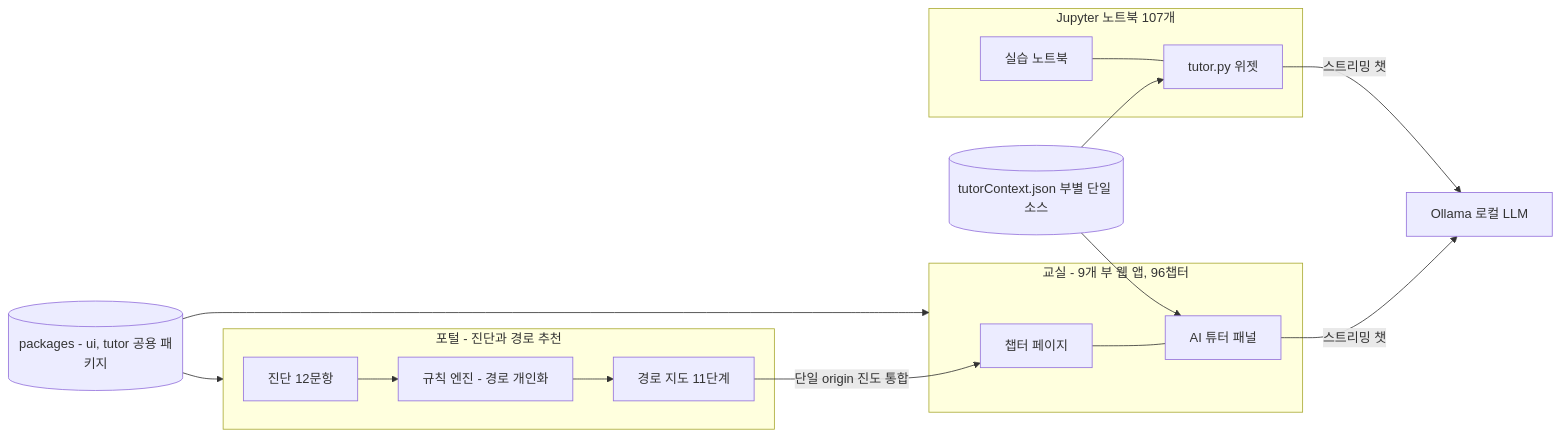
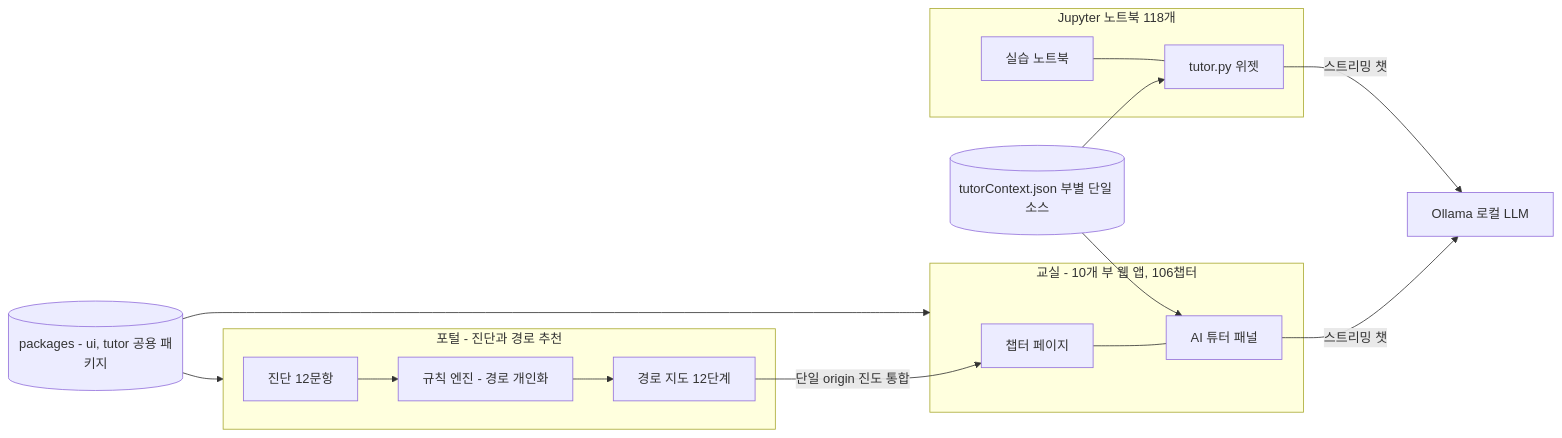
Before and after one commit to jiyupapa/math-platform: the diagram in docs/hackathon/10_spec.md, drawn with Mermaid. The commit also changed other lines of this file and 22 other files, not shown here.

````diff
--- a/docs/hackathon/10_spec.md
+++ b/docs/hackathon/10_spec.md
@@ -81,20 +81,20 @@
 ```mermaid
 flowchart LR
     subgraph PORTAL[포털 - 진단과 경로 추천]
         DG[진단 12문항] --> RE[규칙 엔진 - 경로 개인화]
-        RE --> MAP[경로 지도 11단계]
+        RE --> MAP[경로 지도 12단계]
     end
-    subgraph PARTS[교실 - 9개 부 웹 앱, 96챕터]
+    subgraph PARTS[교실 - 10개 부 웹 앱, 106챕터]
         CH[챕터 페이지] --- TC[AI 튜터 패널]
     end
-    subgraph NB[Jupyter 노트북 107개]
+    subgraph NB[Jupyter 노트북 118개]
         IPY[실습 노트북] --- TP[tutor.py 위젯]
     end
     UI[(packages - ui, tutor 공용 패키지)] --> PARTS
     UI --> PORTAL
     MAP -->|단일 origin 진도 통합| CH
     CTX[(tutorContext.json 부별 단일 소스)] --> TC
     CTX --> TP
     TC -->|스트리밍 챗| OL[Ollama 로컬 LLM]
     TP -->|스트리밍 챗| OL
 ```
````
